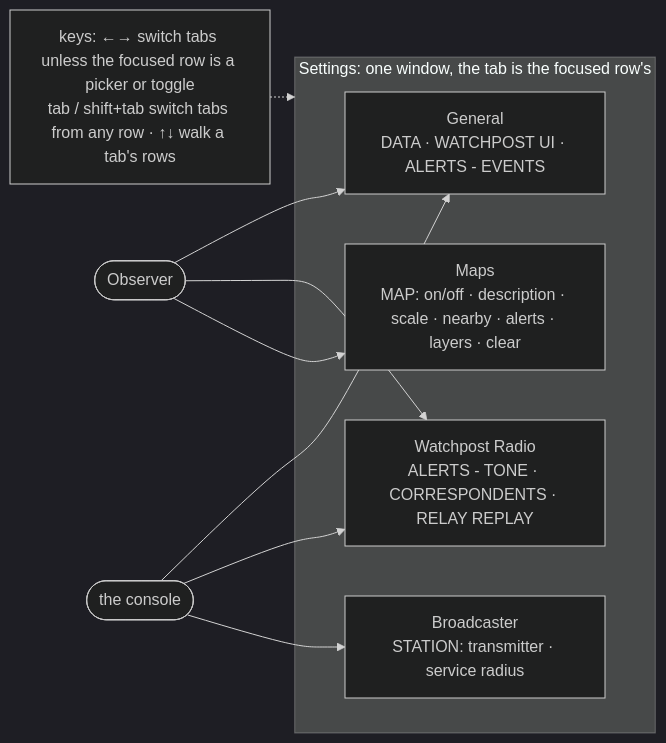
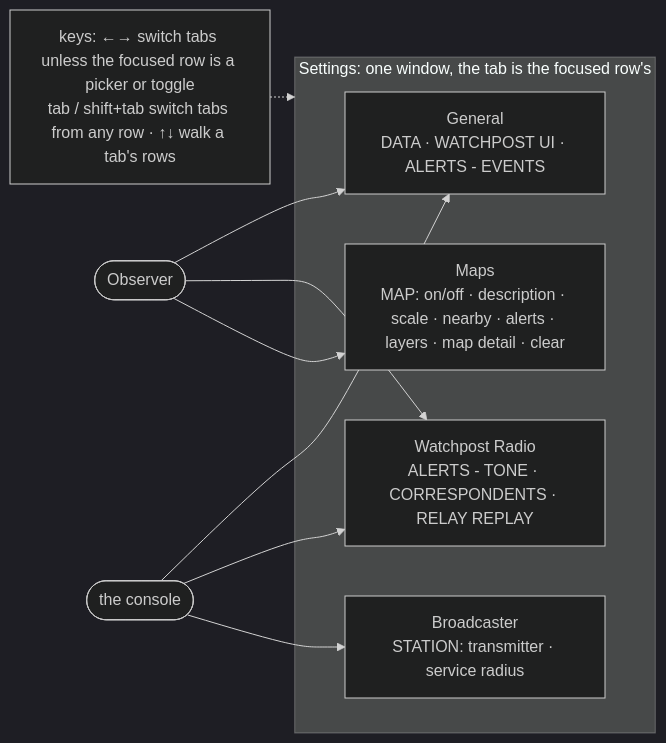
Before and after one commit to branden-thompson/watchpost: the fourth of 4 diagrams in 06_docs/02_features/observer-maps/03-architecture-design/as-built-map.md, drawn with Mermaid (dark theme). The commit also changed other lines of this file and 35 other files, not shown here.

````diff
--- a/06_docs/02_features/observer-maps/03-architecture-design/as-built-map.md
+++ b/06_docs/02_features/observer-maps/03-architecture-design/as-built-map.md
@@ -103,12 +106,12 @@
 ```mermaid
 flowchart LR
   subgraph S["Settings: one window, the tab is the focused row's"]
     G["General\nDATA · WATCHPOST UI · ALERTS - EVENTS"]
     R["Watchpost Radio\nALERTS - TONE · CORRESPONDENTS · RELAY REPLAY"]
     B["Broadcaster\nSTATION: transmitter · service radius"]
-    M["Maps\nMAP: on/off · description · scale · nearby · alerts · layers · clear"]
+    M["Maps\nMAP: on/off · description · scale · nearby · alerts · layers · map detail · clear"]
   end
   O(["Observer"]) --> G & R & M
   C(["the console"]) --> G & R & B
   K["keys: ←→ switch tabs unless the focused row is a picker or toggle\ntab / shift+tab switch tabs from any row · ↑↓ walk a tab's rows"] -.-> S
 ```
````
